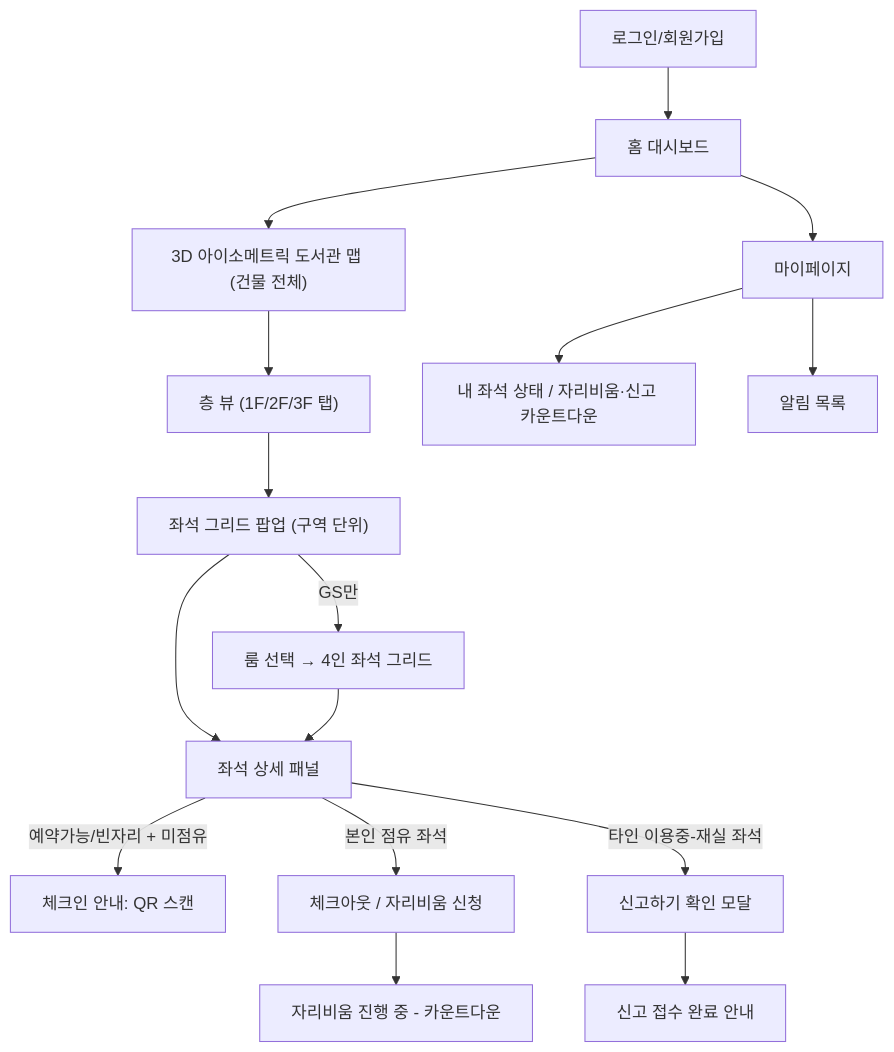
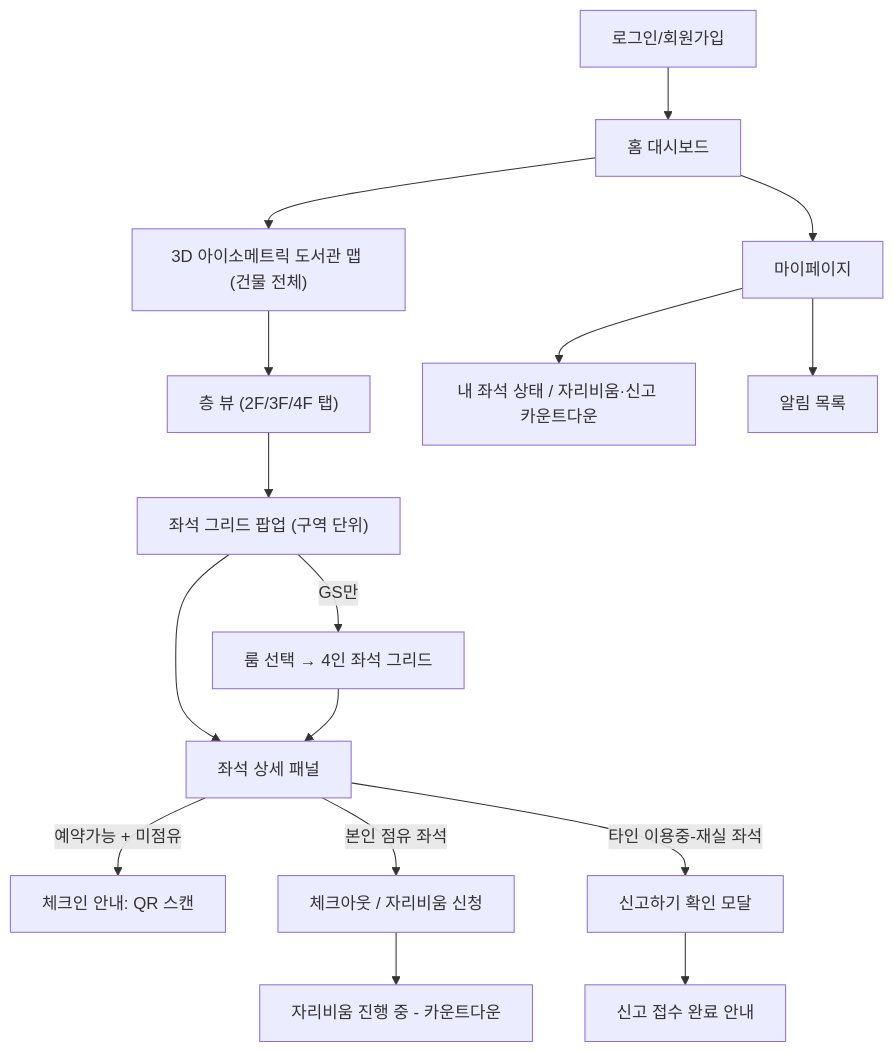
The diagram in design.md (syeoooun98/fin_team7), drawn with Mermaid before and after one commit. The commit also changed other lines of this file and 30 other files, not shown here.

````diff
--- a/design.md
+++ b/design.md
@@ -75,18 +79,18 @@
 ```mermaid
 flowchart TD
     A[로그인/회원가입] --> B[홈 대시보드]
     B --> C["3D 아이소메트릭 도서관 맵 (건물 전체)"]
-    C --> D["층 뷰 (1F/2F/3F 탭)"]
+    C --> D["층 뷰 (2F/3F/4F 탭)"]
     D --> E["좌석 그리드 팝업 (구역 단위)"]
     E -->|GS만| E2["룸 선택 → 4인 좌석 그리드"]
     E --> F[좌석 상세 패널]
     E2 --> F
-    F -->|예약가능/빈자리 + 미점유| G[체크인 안내: QR 스캔]
+    F -->|예약가능 + 미점유| G[체크인 안내: QR 스캔]
     F -->|본인 점유 좌석| H[체크아웃 / 자리비움 신청]
     F -->|타인 이용중-재실 좌석| I[신고하기 확인 모달]
     H --> H2[자리비움 진행 중 - 카운트다운]
     I --> I2[신고 접수 완료 안내]
     B --> J[마이페이지]
     J --> J2[내 좌석 상태 / 자리비움·신고 카운트다운]
     J --> J3[알림 목록]
 ```
````
